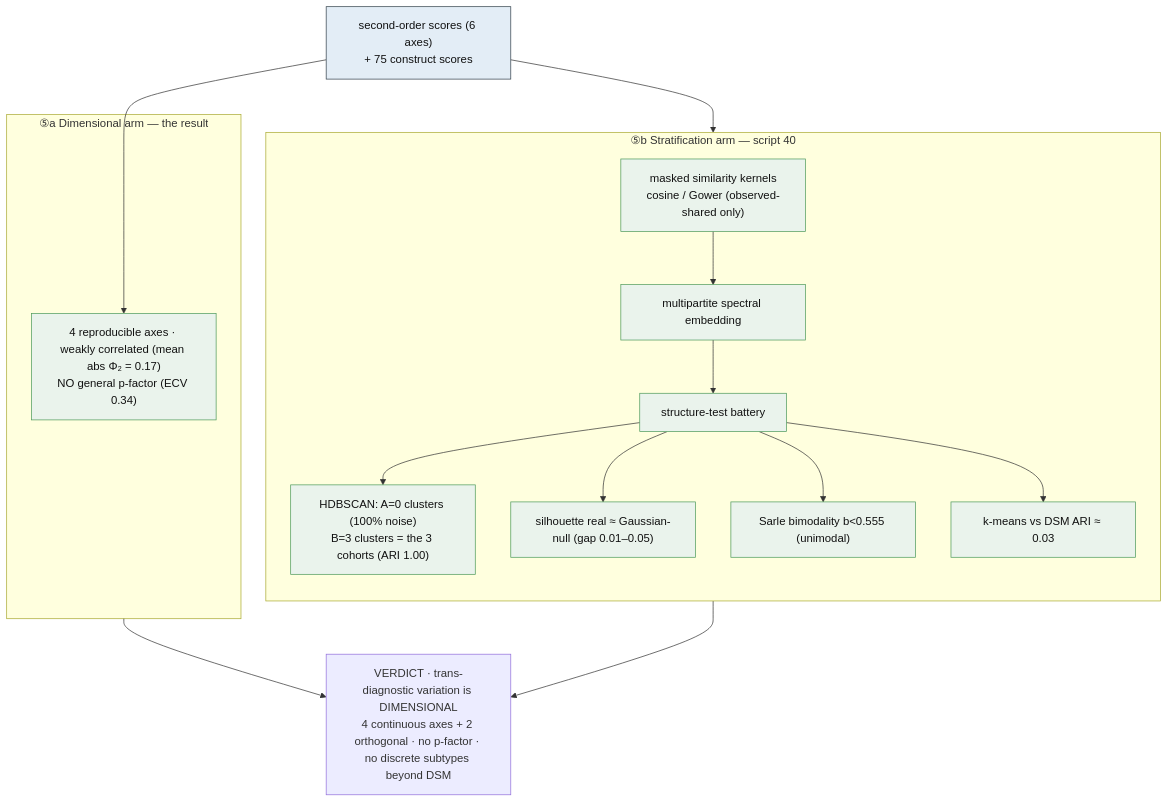
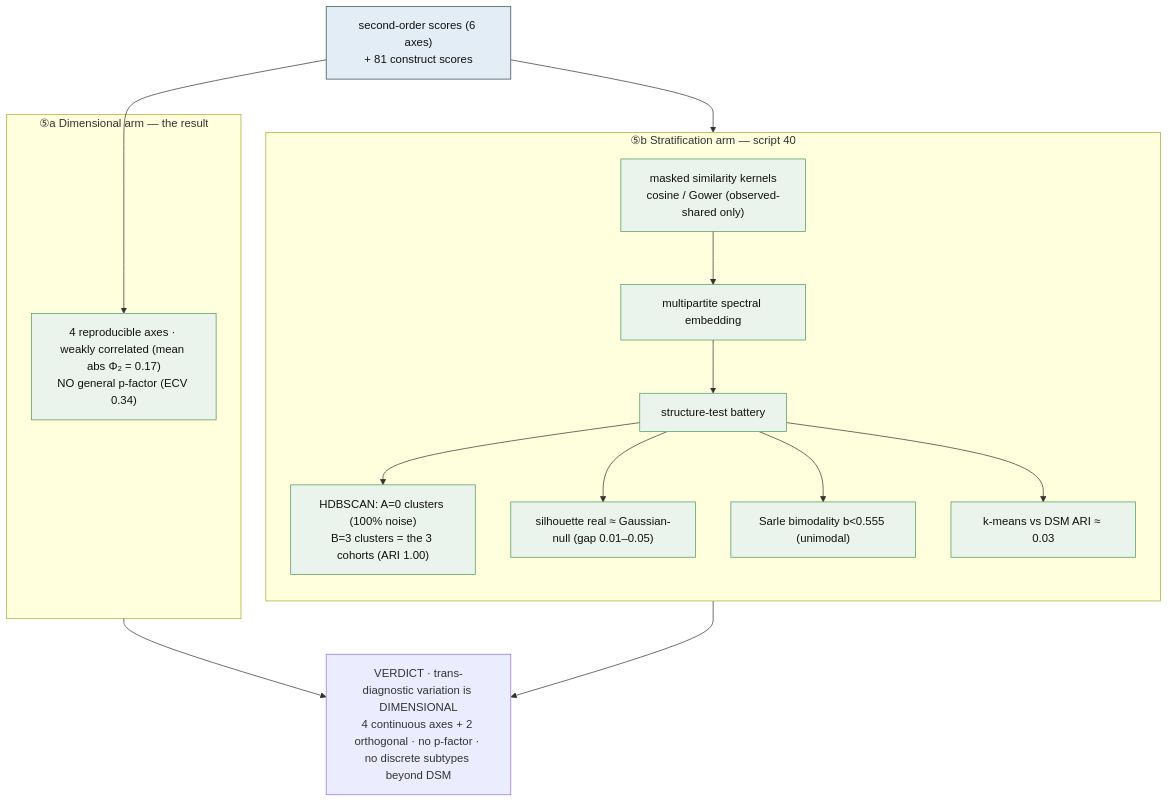
Before and after one commit to AndriiKulakovskyi/face-trans-diagnostic-phenotypes: the eighth of 10 diagrams in docs/PIPELINE.md, drawn with Mermaid. The commit also changed other lines of this file and 7 other files, not shown here.

First line of the commit message:
fix(v2): correct the stale "75 constructs" → 81; delete dead schema loader (P3.4)

````diff
--- a/docs/PIPELINE.md
+++ b/docs/PIPELINE.md
@@ -229,26 +229,26 @@
 ```mermaid
 flowchart TB
     classDef arm fill:#EAF3EC,stroke:#4E9A5B,color:#111
     classDef model fill:#E3EDF6,stroke:#33414b,color:#111
-    M["second-order scores (6 axes)<br/>+ 75 construct scores"]:::model
+    M["second-order scores (6 axes)<br/>+ 81 construct scores"]:::model
     M --> DA
     M --> SA
 
     subgraph DIM["⑤a Dimensional arm — the result"]
         DA["4 reproducible axes · weakly correlated (mean abs Φ₂ = 0.17)<br/>NO general p-factor (ECV 0.34)"]:::arm
     end
 
     subgraph STR["⑤b Stratification arm — script 40"]
         direction TB
         SA["masked similarity kernels<br/>cosine / Gower (observed-shared only)"]:::arm
         SA --> SE["multipartite spectral embedding"]:::arm
         SE --> TB2["structure-test battery"]:::arm
         TB2 --> HD["HDBSCAN: A=0 clusters (100% noise)<br/>B=3 clusters = the 3 cohorts (ARI 1.00)"]:::arm
         TB2 --> SI["silhouette real ≈ Gaussian-null (gap 0.01–0.05)"]:::arm
         TB2 --> BM["Sarle bimodality b<0.555 (unimodal)"]:::arm
         TB2 --> AR["k-means vs DSM ARI ≈ 0.03"]:::arm
     end
 
     DIM --> VERD["VERDICT · trans-diagnostic variation is DIMENSIONAL<br/>4 continuous axes + 2 orthogonal · no p-factor · no discrete subtypes beyond DSM"]
     STR --> VERD
 ```
````
